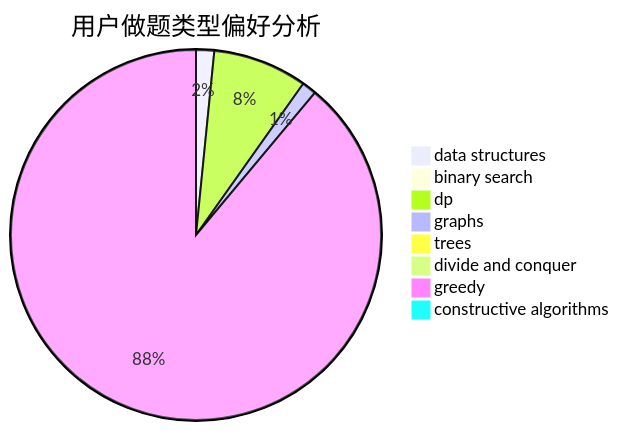
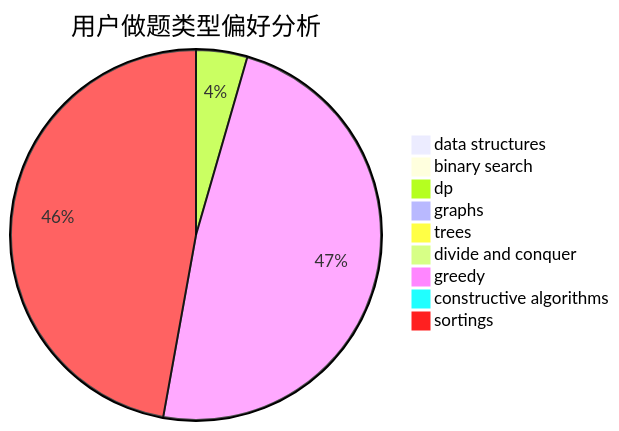
The second of 3 diagrams in docs/user/u2430.md (sherpahu/cfrs.github.io), drawn with Mermaid before and after one commit. The commit also changed other lines of this file and 2769 other files, not shown here.

````diff
--- a/docs/user/u2430.md
+++ b/docs/user/u2430.md
@@ -23,11 +18,12 @@
 ```mermaid
 pie title 用户做题类型偏好分析
     "data structures" :  5
     "binary search" :  0
     "dp" :  26
     "graphs" :  4
     "trees" :  0
     "divide and conquer" :  0
     "greedy" :  281
     "constructive algorithms" :  3
+    "sortings" :  274
 ```
````
